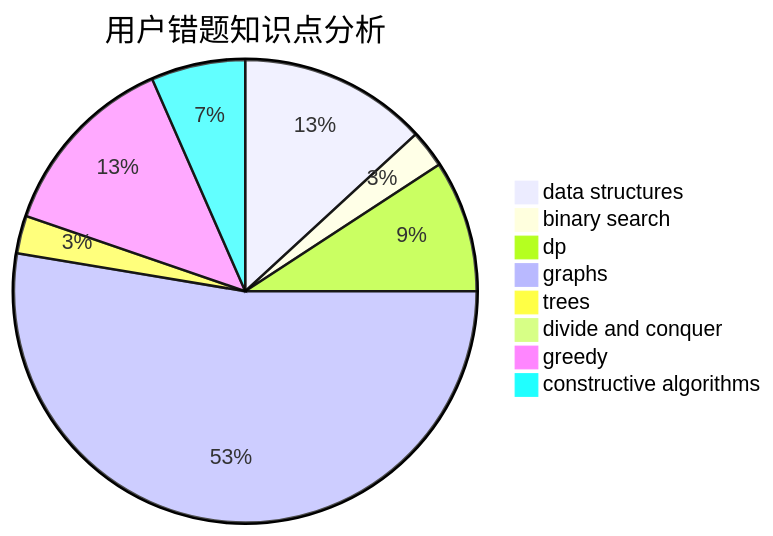
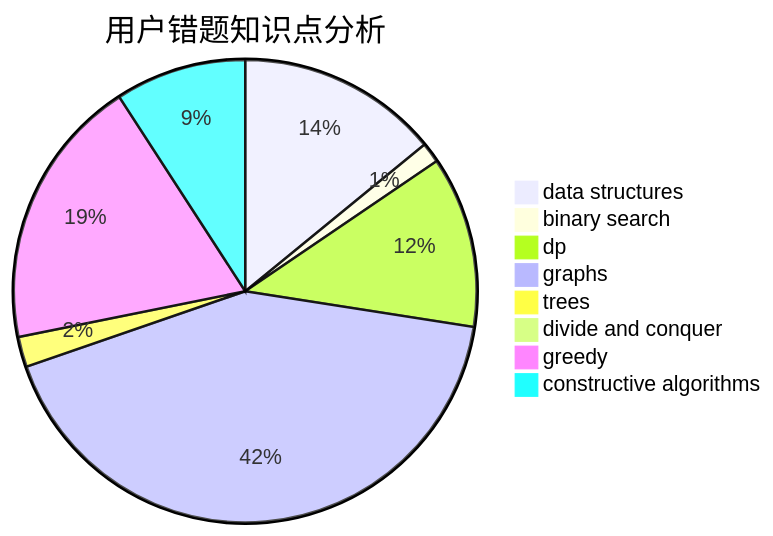
One commit to sherpahu/cfrs.github.io changed the third of 3 diagrams in docs/user/u2476.md. Above: the diagram before and after it, drawn with Mermaid. The commit also changed other lines of this file and 2770 other files, not shown here.

````diff
--- a/docs/user/u2476.md
+++ b/docs/user/u2476.md
@@ -36,11 +36,11 @@
 ```mermaid
 pie title 用户错题知识点分析
-    "data structures" :  10
+    "data structures" :  20
     "binary search" :  2
-    "dp" :  7
-    "graphs" :  40
-    "trees" :  2
+    "dp" :  17
+    "graphs" :  60
+    "trees" :  3
     "divide and conquer" :  0
-    "greedy" :  10
-    "constructive algorithms" :  5
+    "greedy" :  27
+    "constructive algorithms" :  13
 ```
````
